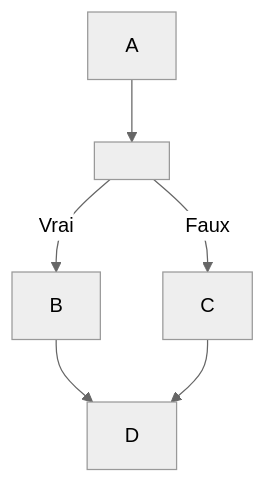
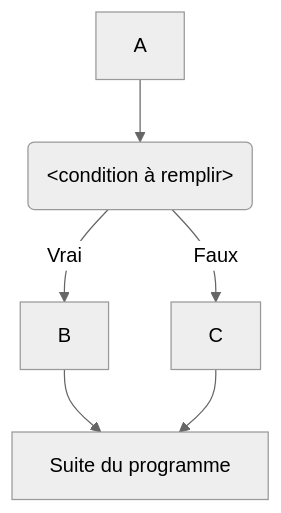
One commit to Lisra-git/MergeCommitMkDocs42 changed the second of 3 diagrams in docs/python2.md. Above: the diagram before and after it, drawn with Mermaid (neutral theme). The commit also changed other lines of this file and 19 other files, not shown here.

````diff
--- a/docs/python2.md
+++ b/docs/python2.md
@@ -8,8 +18,9 @@
     ```mermaid
-    flowchart TD
-        A-->p[<Condition>]
-        p-->|Vrai|B
-        p-->|Faux|C
-        B-->D
-        C-->D
+    graph TD;
+    A-->p("#60;condition à remplir#62;");
+    p-->|Vrai|B;
+    p-->|Faux|C;
+    B-->D[Suite du programme];
+    C-->D[Suite du programme];
+    class p if;
     ```
````
